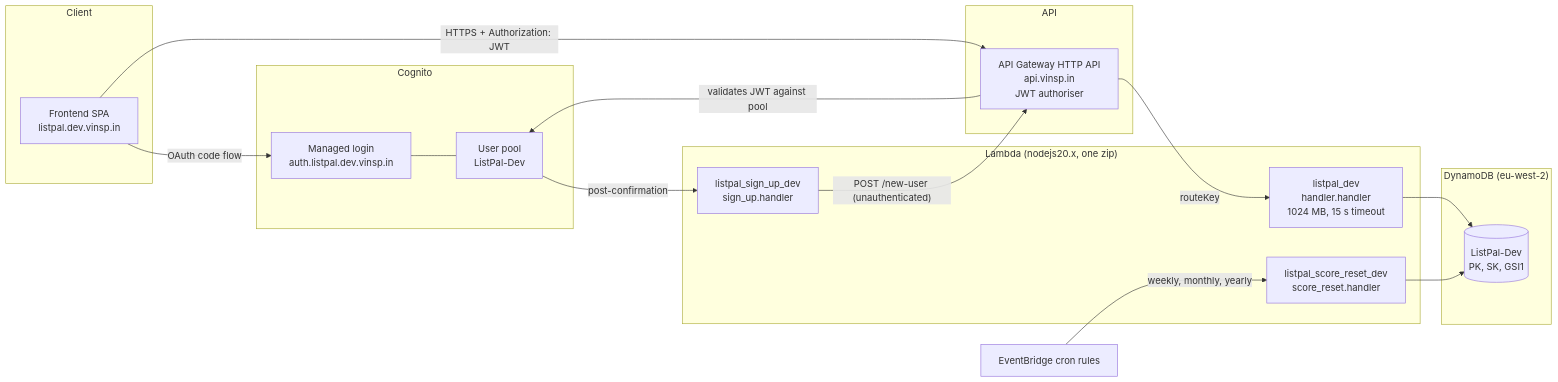
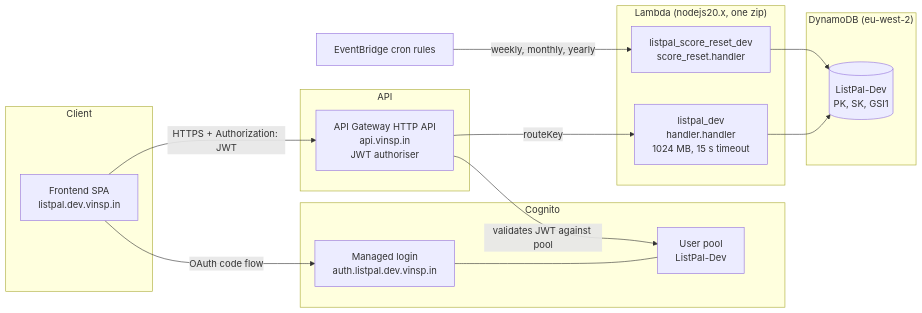
The first of 10 diagrams in ARCHITECTURE.md (TomBenjaminMorris/listpal-backend), drawn with Mermaid before and after one commit. The commit also changed other lines of this file and 9 other files, not shown here.

````diff
--- a/ARCHITECTURE.md
+++ b/ARCHITECTURE.md
@@ -63,38 +62,35 @@
 ```mermaid
 flowchart LR
     subgraph Client
         FE["Frontend SPA<br/>listpal.dev.vinsp.in"]
     end
 
     subgraph Auth["Cognito"]
         UP["User pool<br/>ListPal-Dev"]
         HUI["Managed login<br/>auth.listpal.dev.vinsp.in"]
     end
 
     subgraph Edge["API"]
         APIGW["API Gateway HTTP API<br/>api.vinsp.in<br/>JWT authoriser"]
     end
 
     subgraph Compute["Lambda (nodejs20.x, one zip)"]
         L1["listpal_dev<br/>handler.handler<br/>1024 MB, 15 s timeout"]
-        L2["listpal_sign_up_dev<br/>sign_up.handler"]
-        L3["listpal_score_reset_dev<br/>score_reset.handler"]
+        L2["listpal_score_reset_dev<br/>score_reset.handler"]
     end
 
     subgraph Data["DynamoDB (eu-west-2)"]
         T1[("ListPal-Dev<br/>PK, SK, GSI1")]
     end
 
     EB["EventBridge cron rules"]
 
     FE -->|"OAuth code flow"| HUI
     HUI --- UP
     FE -->|"HTTPS + Authorization: JWT"| APIGW
     APIGW -->|"validates JWT against pool"| UP
     APIGW -->|"routeKey"| L1
     L1 --> T1
-    UP -->|"post-confirmation"| L2
-    L2 -->|"POST /new-user (unauthenticated)"| APIGW
-    EB -->|"weekly, monthly, yearly"| L3
-    L3 --> T1
+    EB -->|"weekly, monthly, yearly"| L2
+    L2 --> T1
 ```
````
